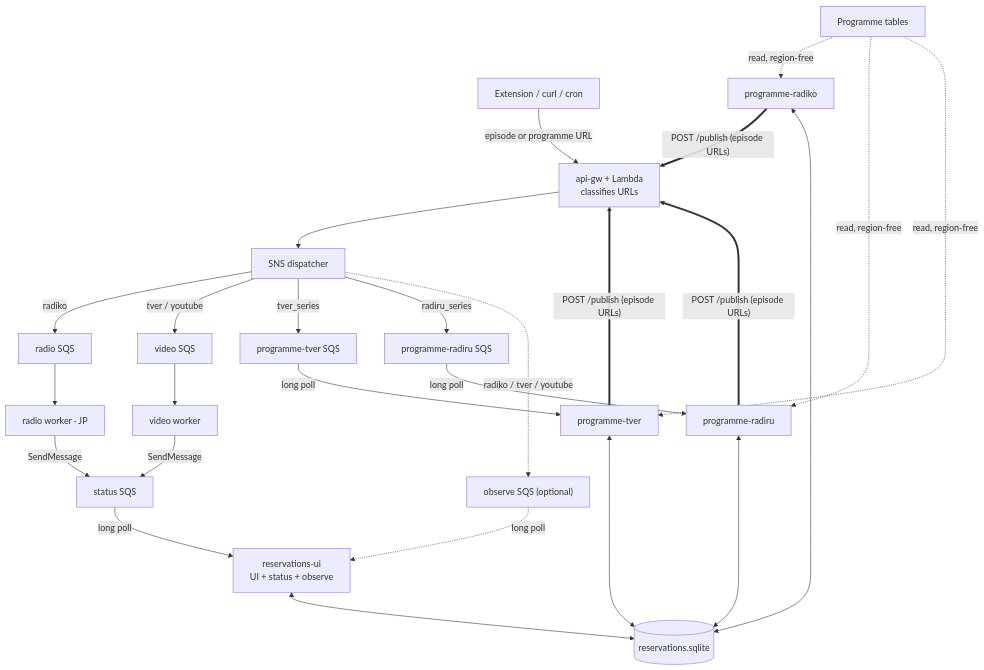
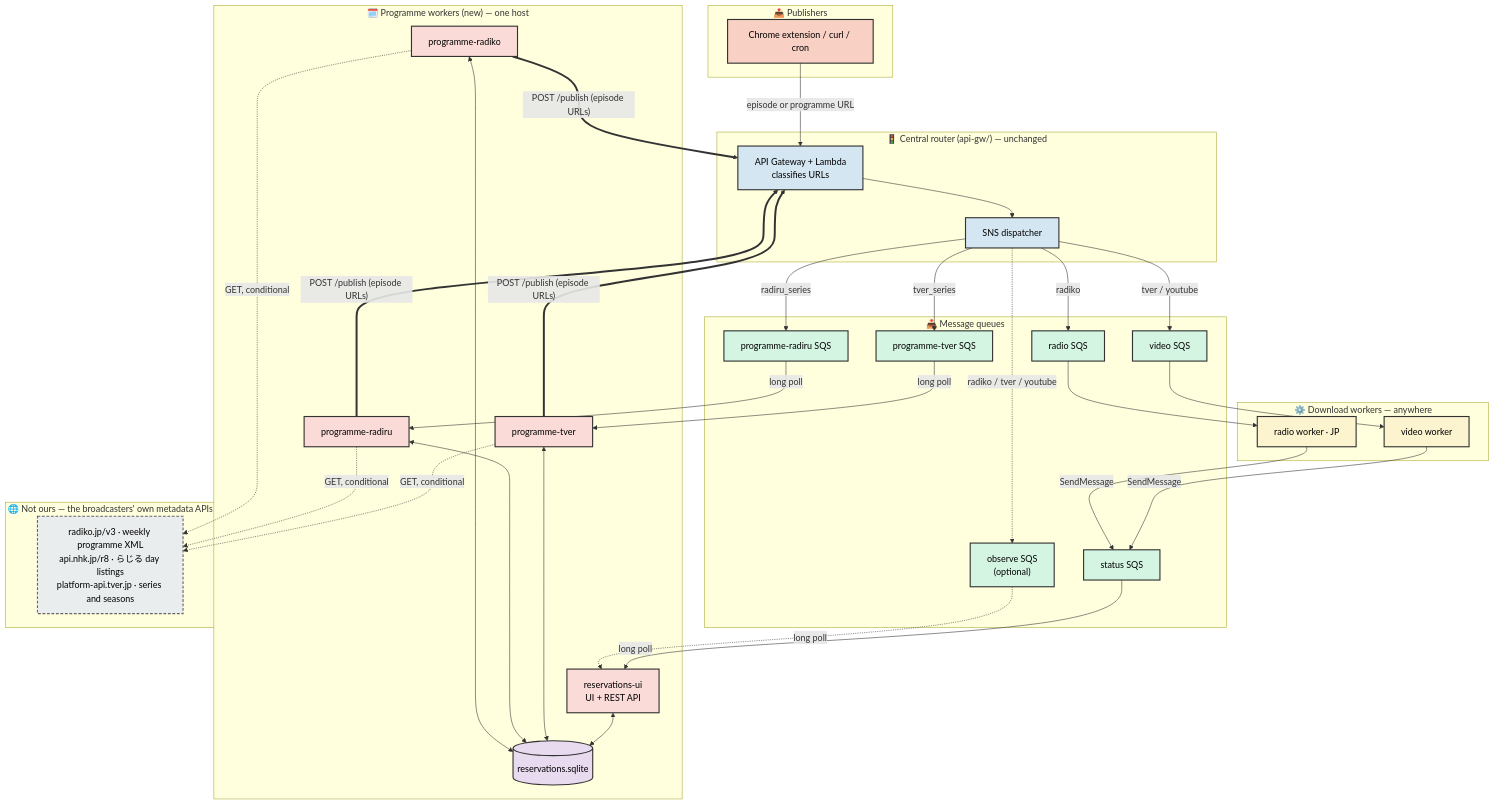
Before and after one commit to khirata/media-downloader: the diagram in docs/RESERVATION_DESIGN.md, drawn with Mermaid. The commit also changed other lines of this file, not shown here.

Commit message:
docs: redraw the architecture diagram, labelling what is not ours
The box titled "Programme tables" was unlabelled jargon sitting among internal
components with nothing to mark it as external. It is the broadcasters' own
metadata APIs — radiko.jp/v3, api.nhk.jp/r8, platform-api.tver.jp — read over
plain HTTP and never written to, and the single place a programme worker learns
what is on the air.

Redraws the diagram using the same subgraph and classDef conventions as the
README's, so the two pictures read alike, and:

- names the three hosts in the node rather than abstracting them away
- puts them in a dashed grey subgraph titled to say they are not ours
- groups the rest into publishers, router, queues, programme workers and
  download workers, which also makes the one-host / anywhere split visible
- points the metadata arrow from the workers to the API, since these are
  outbound conditional GETs rather than anything pushed to us

Adds a short reading note under the diagram covering the dashed box and the
heavy arrow, since a reader should not have to ask what either means.

````diff
--- a/docs/RESERVATION_DESIGN.md
+++ b/docs/RESERVATION_DESIGN.md
@@ -559,39 +559,66 @@
 ```mermaid
 graph TD
-    EXT["Extension / curl / cron"]
-    R1["programme-radiko"]
-    R2["programme-radiru"]
-    R3["programme-tver"]
-    UI["reservations-ui<br/>UI + status + observe"]
-    DB[("reservations.sqlite")]
-    API["api-gw + Lambda<br/>classifies URLs"]
-    SNS["SNS dispatcher"]
-    QR["radio SQS"]
-    QV["video SQS"]
-    QP["programme-tver SQS"]
-    QN["programme-radiru SQS"]
-    QO["observe SQS (optional)"]
-    QS["status SQS"]
-    W1["radio worker · JP"]
-    W2["video worker"]
-    CAT["Programme tables"]
+    classDef client   fill:#f9d0c4,stroke:#333,stroke-width:2px,color:#000;
+    classDef router   fill:#d4e6f1,stroke:#333,stroke-width:2px,color:#000;
+    classDef queue    fill:#d5f5e3,stroke:#333,stroke-width:2px,color:#000;
+    classDef worker   fill:#fcf3cf,stroke:#333,stroke-width:2px,color:#000;
+    classDef prog     fill:#fadbd8,stroke:#333,stroke-width:2px,color:#000;
+    classDef storage  fill:#e8daef,stroke:#333,stroke-width:2px,color:#000;
+    classDef external fill:#eaeded,stroke:#666,stroke-width:2px,stroke-dasharray:5 3,color:#000;
+
+    subgraph Clients ["📤 Publishers"]
+        EXT["Chrome extension / curl / cron"]:::client
+    end
+
+    subgraph Dispatcher ["🚦 Central router (api-gw/) — unchanged"]
+        API["API Gateway + Lambda<br/>classifies URLs"]:::router
+        SNS["SNS dispatcher"]:::router
+    end
+
+    subgraph Queues ["📥 Message queues"]
+        QR["radio SQS"]:::queue
+        QV["video SQS"]:::queue
+        QP["programme-tver SQS"]:::queue
+        QN["programme-radiru SQS"]:::queue
+        QO["observe SQS<br/>(optional)"]:::queue
+        QS["status SQS"]:::queue
+    end
+
+    subgraph Prog ["🗓️ Programme workers (new) — one host"]
+        R1["programme-radiko"]:::prog
+        R2["programme-radiru"]:::prog
+        R3["programme-tver"]:::prog
+        UI["reservations-ui<br/>UI + REST API"]:::prog
+        DB[("reservations.sqlite")]:::storage
+    end
+
+    subgraph Down ["⚙️ Download workers — anywhere"]
+        W1["radio worker · JP"]:::worker
+        W2["video worker"]:::worker
+    end
+
+    subgraph Ext ["🌐 Not ours — the broadcasters' own metadata APIs"]
+        CAT["radiko.jp/v3 · weekly programme XML<br/>api.nhk.jp/r8 · らじる day listings<br/>platform-api.tver.jp · series and seasons"]:::external
+    end
 
     EXT -->|"episode or programme URL"| API
     API --> SNS
     SNS -->|"radiko"| QR
     SNS -->|"tver / youtube"| QV
     SNS -->|"tver_series"| QP
     SNS -->|"radiru_series"| QN
     SNS -.->|"radiko / tver / youtube"| QO
+
     QR --> W1
     QV --> W2
     QP -->|"long poll"| R3
     QN -->|"long poll"| R2
     QO -.->|"long poll"| UI
     W1 & W2 -->|"SendMessage"| QS
     QS -->|"long poll"| UI
-    CAT -.->|"read, region-free"| R1 & R2 & R3
+
+    R1 & R2 & R3 -.->|"GET, conditional"| CAT
     R1 & R2 & R3 ==>|"POST /publish (episode URLs)"| API
     R1 & R2 & R3 <--> DB
     UI <--> DB
 ```
````
